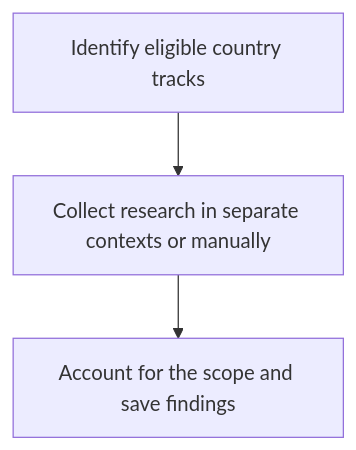
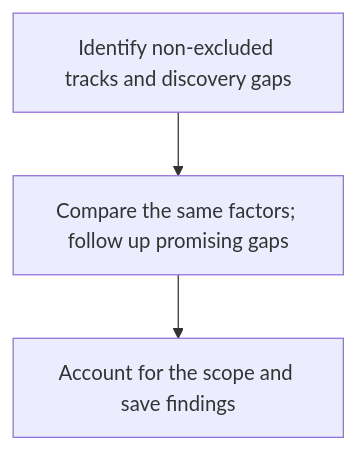
The diagram in docs/commands/country-finder/step3-research-prompt-generator.md (myowinthein/agent-compass), drawn with Mermaid before and after one commit. The commit also changed other lines of this file and 32 other files, not shown here.

First line of the commit message:
feat(country-finder): compare markets and rank tracks independently

````diff
--- a/docs/commands/country-finder/step3-research-prompt-generator.md
+++ b/docs/commands/country-finder/step3-research-prompt-generator.md
@@ -19,5 +19,5 @@
 ```mermaid
 flowchart TD
-  Scope["Identify eligible country tracks"] --> Research["Collect research in separate contexts or manually"]
+  Scope["Identify non-excluded tracks and discovery gaps"] --> Research["Compare the same factors; follow up promising gaps"]
   Research --> Save["Account for the scope and save findings"]
 ```
````
